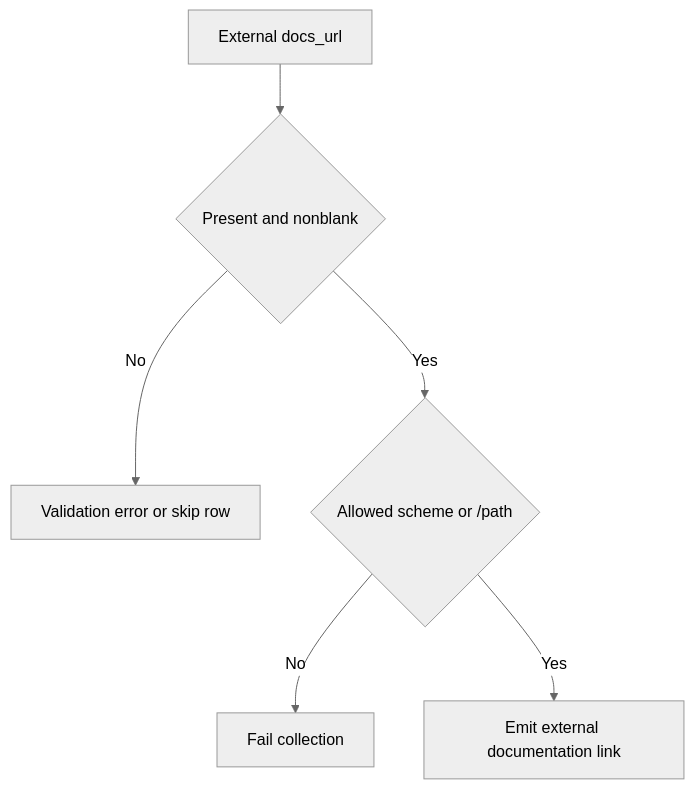
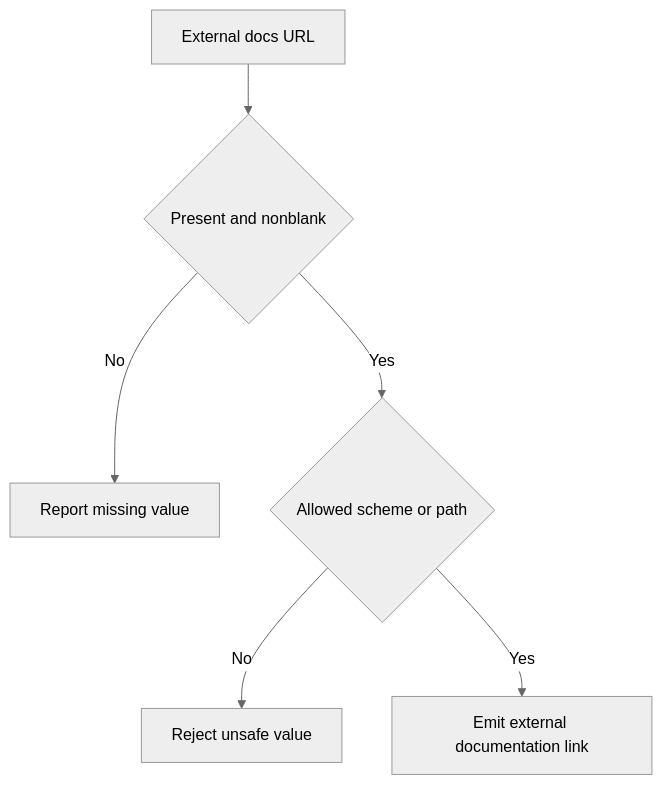
Before and after one commit to langchain-ai/docs: the second of 3 diagrams in openwiki/workflows/integration-listing-automation.md, drawn with Mermaid (neutral theme). The commit also changed other lines of this file and 13 other files, not shown here.

````diff
--- a/openwiki/workflows/integration-listing-automation.md
+++ b/openwiki/workflows/integration-listing-automation.md
@@ -97,8 +95,8 @@
 ```mermaid
 flowchart TD
-    Value["External docs_url"] --> Present{"Present and nonblank"}
-    Present -- No --> Missing["Validation error or skip row"]
-    Present -- Yes --> Safe{"Allowed scheme or /path"}
-    Safe -- No --> Reject["Fail collection"]
+    Value["External docs URL"] --> Present{"Present and nonblank"}
+    Present -- No --> Missing["Report missing value"]
+    Present -- Yes --> Safe{"Allowed scheme or path"}
+    Safe -- No --> Reject["Reject unsafe value"]
     Safe -- Yes --> Link["Emit external documentation link"]
 ```
````
